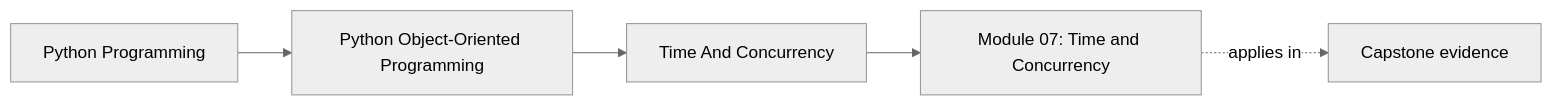
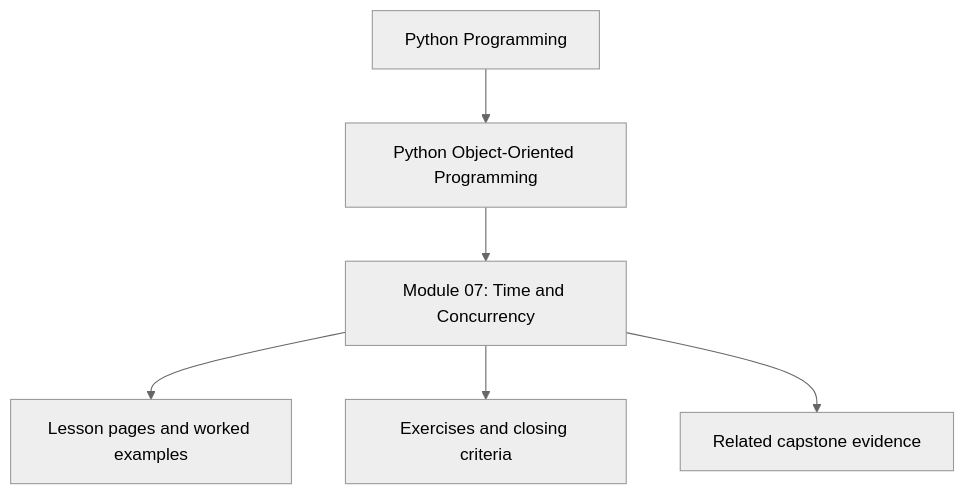
One commit to bijux/bijux-masterclass changed the first of 2 diagrams in programs/python-programming/python-object-oriented-programming/course-book/module-07-time-and-concurrency/index.md. Above: the diagram before and after it, drawn with Mermaid (neutral theme). The commit also changed other lines of this file and 10 other files, not shown here.

Commit message:
docs(python-object-oriented-programming): reposition module overview diagrams

````diff
--- a/programs/python-programming/python-object-oriented-programming/course-book/module-07-time-and-concurrency/index.md
+++ b/programs/python-programming/python-object-oriented-programming/course-book/module-07-time-and-concurrency/index.md
@@ -7,11 +7,8 @@
 ```mermaid
-graph LR
-  family["Python Programming"]
-  program["Python Object-Oriented Programming"]
-  section["Time And Concurrency"]
-  page["Module 07: Time and Concurrency"]
-  capstone["Capstone evidence"]
-
-  family --> program --> section --> page
-  page -.applies in.-> capstone
+flowchart TD
+  family["Python Programming"] --> program["Python Object-Oriented Programming"]
+  program --> module["Module 07: Time and Concurrency"]
+  module --> lessons["Lesson pages and worked examples"]
+  module --> checkpoints["Exercises and closing criteria"]
+  module --> capstone["Related capstone evidence"]
 ```
````
